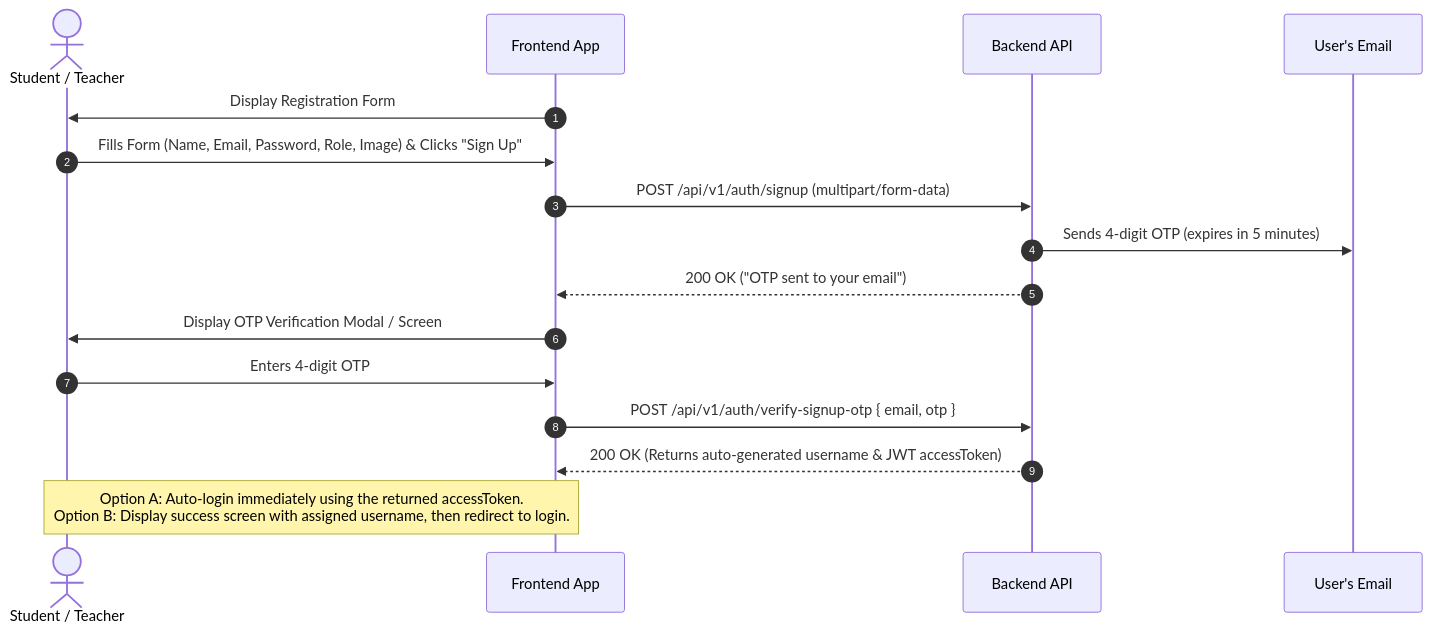
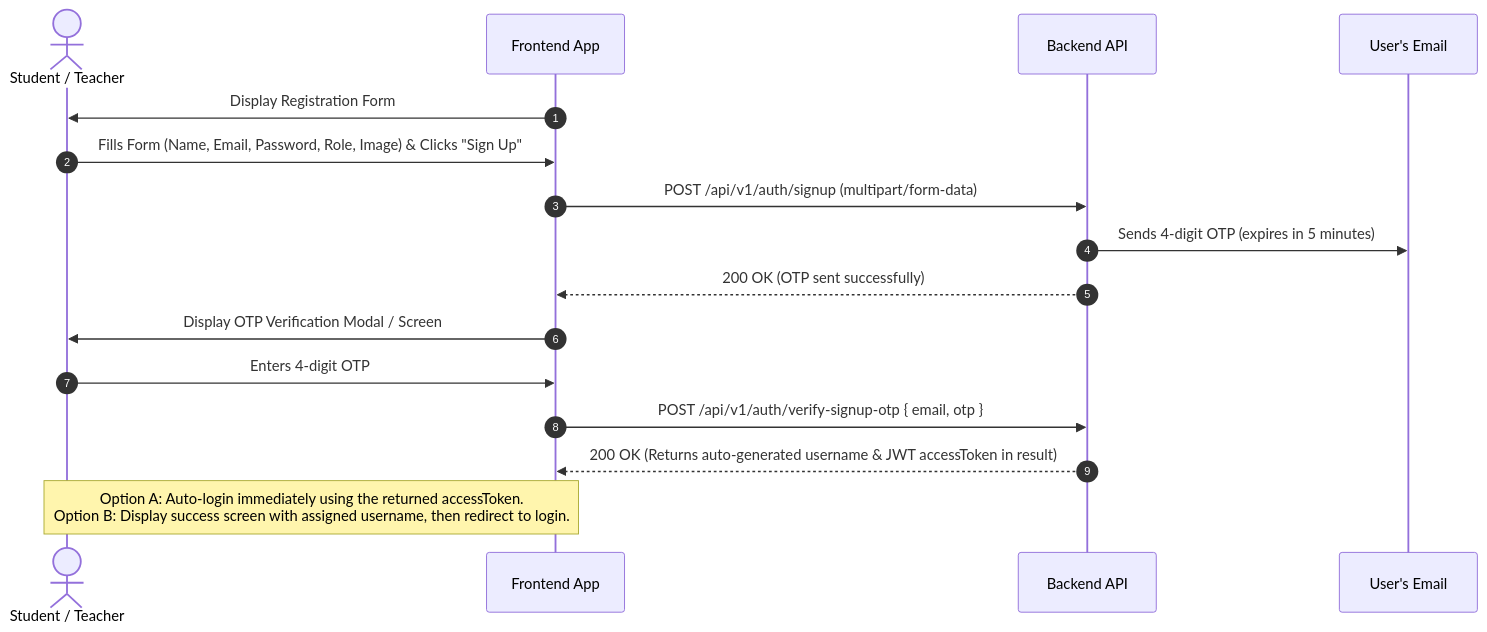
Before and after one commit to shahjalal-labs/naderhosn_elearning_app: the diagram in manualUserSignup.md, drawn with Mermaid. The commit also changed other lines of this file and 1 other file, not shown here.

Commit message:
docs: align response pattern with { success, message, meta, result } and prioritize success examples

````diff
--- a/manualUserSignup.md
+++ b/manualUserSignup.md
@@ -22,21 +51,21 @@
 ```mermaid
 sequenceDiagram
     autonumber
     actor User as Student / Teacher
     participant UI as Frontend App
     participant API as Backend API
     participant Mail as User's Email
 
     UI->>User: Display Registration Form
     User->>UI: Fills Form (Name, Email, Password, Role, Image) & Clicks "Sign Up"
     UI->>API: POST /api/v1/auth/signup (multipart/form-data)
     API->>Mail: Sends 4-digit OTP (expires in 5 minutes)
-    API-->>UI: 200 OK ("OTP sent to your email")
+    API-->>UI: 200 OK (OTP sent successfully)
 
     UI->>User: Display OTP Verification Modal / Screen
     User->>UI: Enters 4-digit OTP
     UI->>API: POST /api/v1/auth/verify-signup-otp { email, otp }
-    API-->>UI: 200 OK (Returns auto-generated username & JWT accessToken)
+    API-->>UI: 200 OK (Returns auto-generated username & JWT accessToken in result)
 
     Note over UI, User: Option A: Auto-login immediately using the returned accessToken.<br/>Option B: Display success screen with assigned username, then redirect to login.
 ```
````
